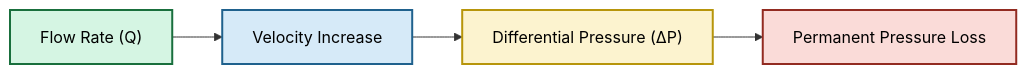
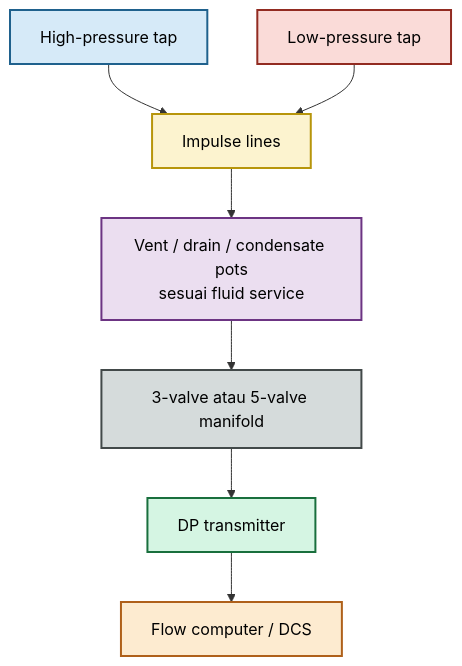
One commit to slametsampon/mx-core changed diagram 13 of 18 in plugins/mx-core-docs/src/content/blog/maintenance/elins/orifice-plate.mdx. Above: the diagram before and after it, drawn with Mermaid. The commit also changed other lines of this file and 4 other files, not shown here.

````diff
--- a/plugins/mx-core-docs/src/content/blog/maintenance/elins/orifice-plate.mdx
+++ b/plugins/mx-core-docs/src/content/blog/maintenance/elins/orifice-plate.mdx
@@ -1548,12 +4517,22 @@
-```mermaid id="dp_behavior_overview"
-flowchart LR
+```mermaid id="dp_transmitter_system"
+flowchart TD
+    A["High-pressure tap"]:::high
+    B["Low-pressure tap"]:::low
+    C["Impulse lines"]:::line
+    D["Vent / drain / condensate pots<br/>sesuai fluid service"]:::aux
+    E["3-valve atau 5-valve manifold"]:::manifold
+    F["DP transmitter"]:::tx
+    G["Flow computer / DCS"]:::control
 
-A["Flow Rate (Q)"]:::flow --> B["Velocity Increase"]:::vel
-B --> C["Differential Pressure (ΔP)"]:::dp
-C --> D["Permanent Pressure Loss"]:::loss
+    A --> C
+    B --> C
+    C --> D --> E --> F --> G
 
-classDef flow fill:#D5F5E3,color:#000,stroke:#196F3D,stroke-width:2px;
-classDef vel fill:#D6EAF8,color:#000,stroke:#1F618D,stroke-width:2px;
-classDef dp fill:#FCF3CF,color:#000,stroke:#B7950B,stroke-width:2px;
-classDef loss fill:#FADBD8,color:#000,stroke:#922B21,stroke-width:2px;
+    classDef high fill:#D6EAF8,stroke:#1F618D,color:#000,stroke-width:2px;
+    classDef low fill:#FADBD8,stroke:#922B21,color:#000,stroke-width:2px;
+    classDef line fill:#FCF3CF,stroke:#B7950B,color:#000,stroke-width:2px;
+    classDef aux fill:#EBDEF0,stroke:#6C3483,color:#000,stroke-width:2px;
+    classDef manifold fill:#D5DBDB,stroke:#424949,color:#000,stroke-width:2px;
+    classDef tx fill:#D5F5E3,stroke:#196F3D,color:#000,stroke-width:2px;
+    classDef control fill:#FDEBD0,stroke:#AF601A,color:#000,stroke-width:2px;
 ```
````
